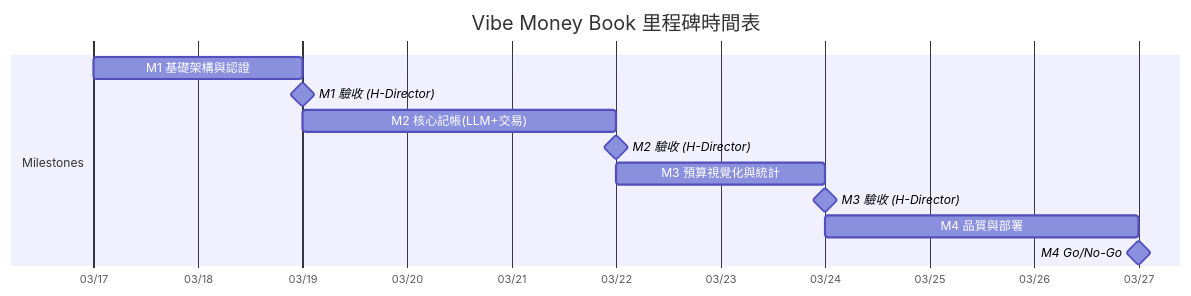
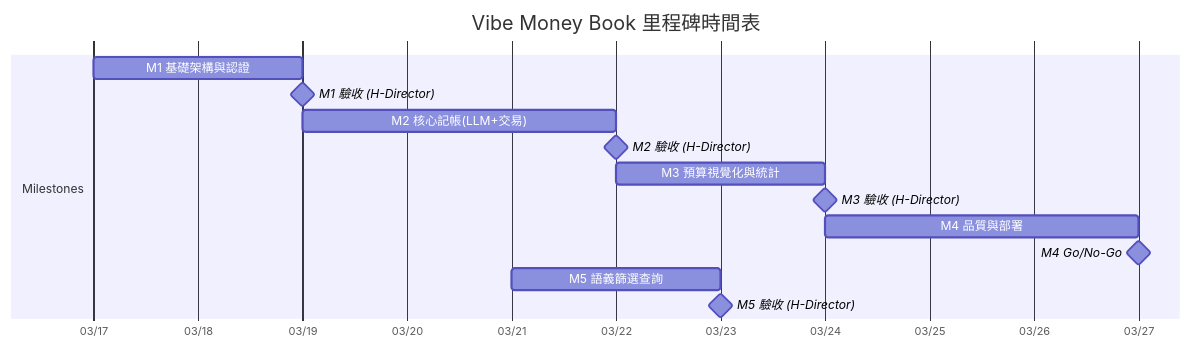
The second of 5 diagrams in docs/02-Dev_Plan.md (robin-li/vibe-money-book), drawn with Mermaid before and after one commit. The commit also changed other lines of this file and 9 other files, not shown here.

````diff
--- a/docs/02-Dev_Plan.md
+++ b/docs/02-Dev_Plan.md
@@ -93,16 +93,18 @@
 ```mermaid
 gantt
     title Vibe Money Book 里程碑時間表
     dateFormat YYYY-MM-DD
     axisFormat %m/%d
 
     section Milestones
     M1 基礎架構與認證        :m1, 2026-03-17, 2d
     M1 驗收 (H-Director)    :milestone, 2026-03-19, 0d
     M2 核心記帳(LLM+交易)    :m2, after m1, 3d
     M2 驗收 (H-Director)    :milestone, 2026-03-22, 0d
     M3 預算視覺化與統計       :m3, after m2, 2d
     M3 驗收 (H-Director)    :milestone, 2026-03-24, 0d
     M4 品質與部署            :m4, after m3, 3d
     M4 Go/No-Go             :milestone, 2026-03-27, 0d
+    M5 語義篩選查詢           :m5, 2026-03-21, 2d
+    M5 驗收 (H-Director)    :milestone, 2026-03-23, 0d
 ```
````
